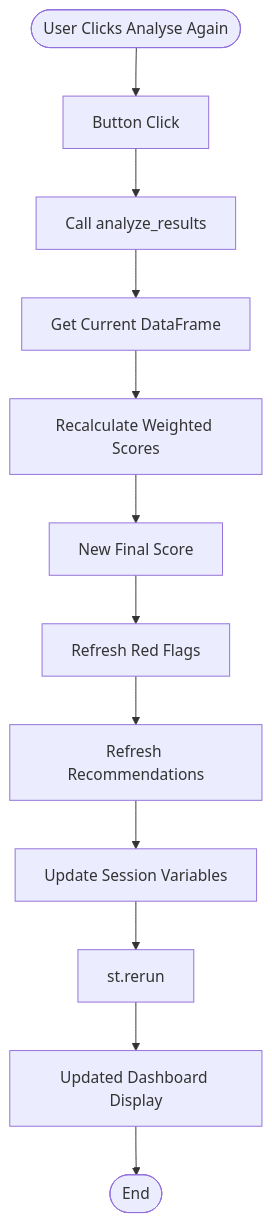
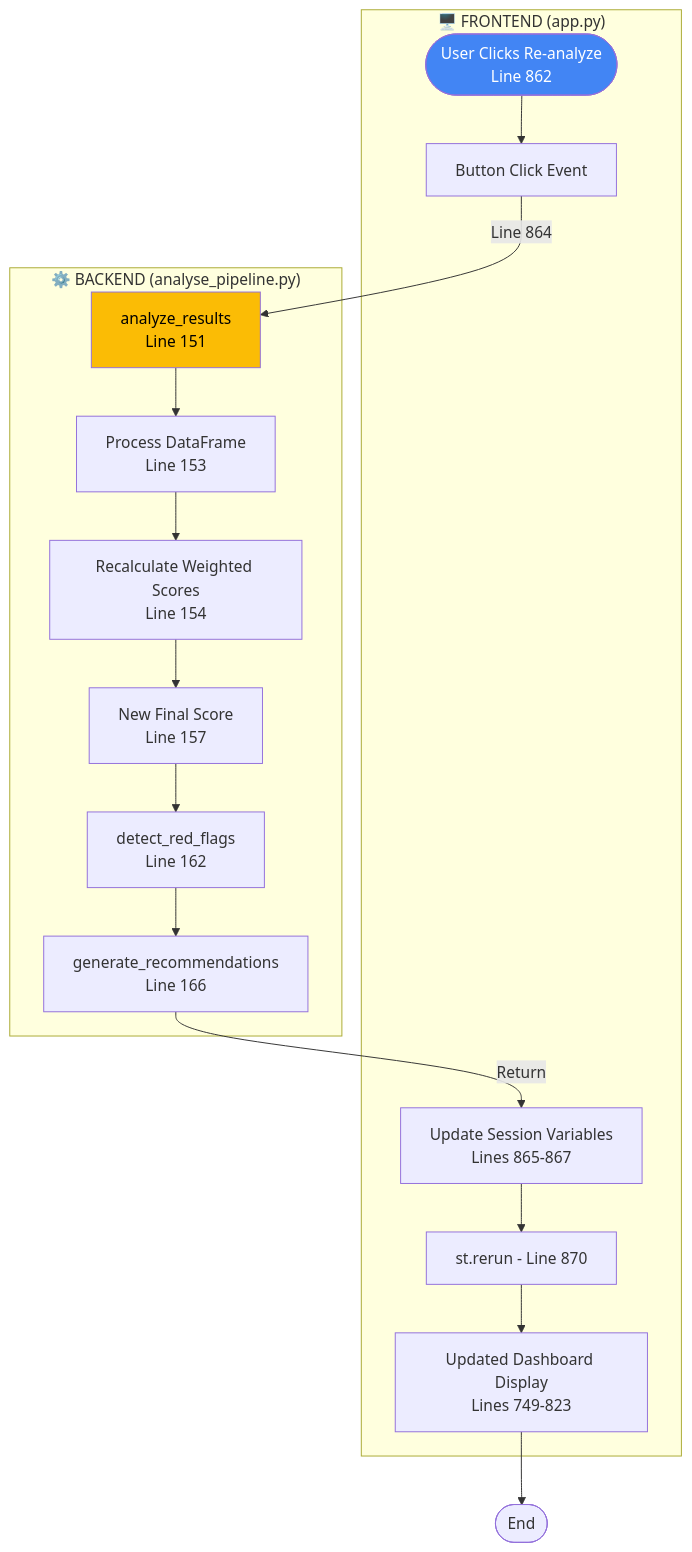
One commit to Pooja-Vishnoi/GenAI_Hackathon changed the tenth of 11 diagrams in README.md. Above: the diagram before and after it, drawn with Mermaid. The commit also changed other lines of this file, not shown here.

Commit message:
- Enhance README with detailed architecture diagrams and application flow. - Added sections for frontend-backend separation, key function calls, and interactive editing flows to improve clarity and understanding of the system's structure and functionality.

````diff
--- a/README.md
+++ b/README.md
@@ -247,18 +375,32 @@
 ```mermaid
 flowchart TD
-    START([User Clicks Analyse Again]) --> TRIGGER[Button Click]
-    TRIGGER --> CALL_ANALYZE[Call analyze_results]
+    subgraph FRONTEND2["🖥️ FRONTEND (app.py)"]
+        START([User Clicks Re-analyze<br/>Line 862]) --> TRIGGER[Button Click Event]
+        UPDATE_SESSION[Update Session Variables<br/>Lines 865-867]
+        RERUN[st.rerun - Line 870]
+        UPDATED_DASHBOARD[Updated Dashboard Display<br/>Lines 749-823]
+    end
     
-    CALL_ANALYZE --> GET_DF[Get Current DataFrame]
-    GET_DF --> RECALC_WEIGHTED[Recalculate Weighted Scores]
-    RECALC_WEIGHTED --> NEW_FINAL[New Final Score]
+    subgraph BACKEND2["⚙️ BACKEND (analyse_pipeline.py)"]
+        CALL_ANALYZE[analyze_results<br/>Line 151]
+        GET_DF[Process DataFrame<br/>Line 153]
+        RECALC_WEIGHTED[Recalculate Weighted Scores<br/>Line 154]
+        NEW_FINAL[New Final Score<br/>Line 157]
+        REFRESH_FLAGS[detect_red_flags<br/>Line 162]
+        REFRESH_RECS[generate_recommendations<br/>Line 166]
+    end
     
-    NEW_FINAL --> REFRESH_FLAGS[Refresh Red Flags]
-    REFRESH_FLAGS --> REFRESH_RECS[Refresh Recommendations]
+    TRIGGER -->|Line 864| CALL_ANALYZE
+    CALL_ANALYZE --> GET_DF
+    GET_DF --> RECALC_WEIGHTED
+    RECALC_WEIGHTED --> NEW_FINAL
+    NEW_FINAL --> REFRESH_FLAGS
+    REFRESH_FLAGS --> REFRESH_RECS
+    REFRESH_RECS -->|Return| UPDATE_SESSION
+    UPDATE_SESSION --> RERUN
+    RERUN --> UPDATED_DASHBOARD
+    UPDATED_DASHBOARD --> END([End])
     
-    REFRESH_RECS --> UPDATE_SESSION[Update Session Variables]
-    UPDATE_SESSION --> RERUN[st.rerun]
-    RERUN --> UPDATED_DASHBOARD[Updated Dashboard Display]
-    
-    UPDATED_DASHBOARD --> END([End])
+    style START fill:#4285f4,color:#fff
+    style CALL_ANALYZE fill:#fbbc05,color:#000
 ```
````
